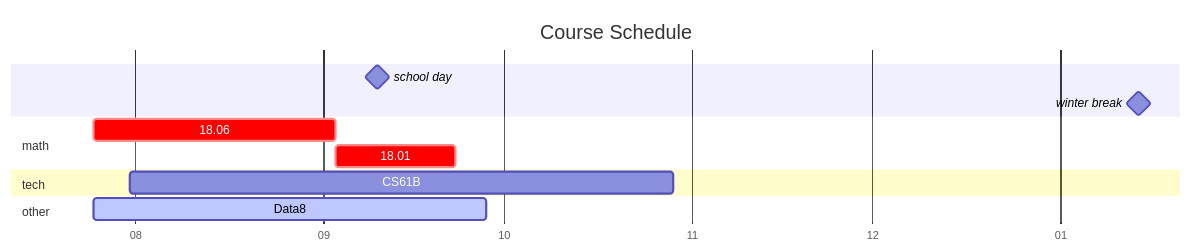
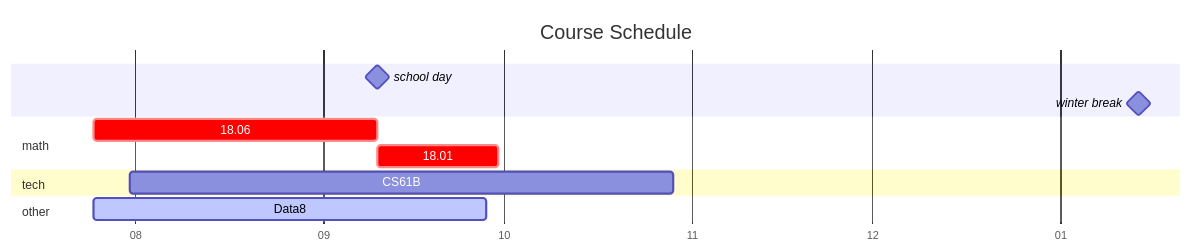
Before and after one commit to 2975459755/2975459755.github.io: the diagram in _tabs/about.md, drawn with Mermaid.

````diff
--- a/_tabs/about.md
+++ b/_tabs/about.md
@@ -12,19 +12,19 @@
 ```mermaid
 gantt
   title  Course Schedule
   dateFormat MM-DD
   axisFormat %m
 
   school day  :	milestone, 09-10, 1m
   winter break: milestone, w, 2024-01-14, 1m
 
   section math
-  18.06 			: crit, a, 07-25, 40d
+  18.06 			: crit, a, 07-25, 47d
   18.01 			: crit, b, after a, 20d
 
   section tech
   CS61B 			:		61b,	07-31, 90d
 
   section other
   Data8 			: active, d8, 07-25, 65d
 ```
````
